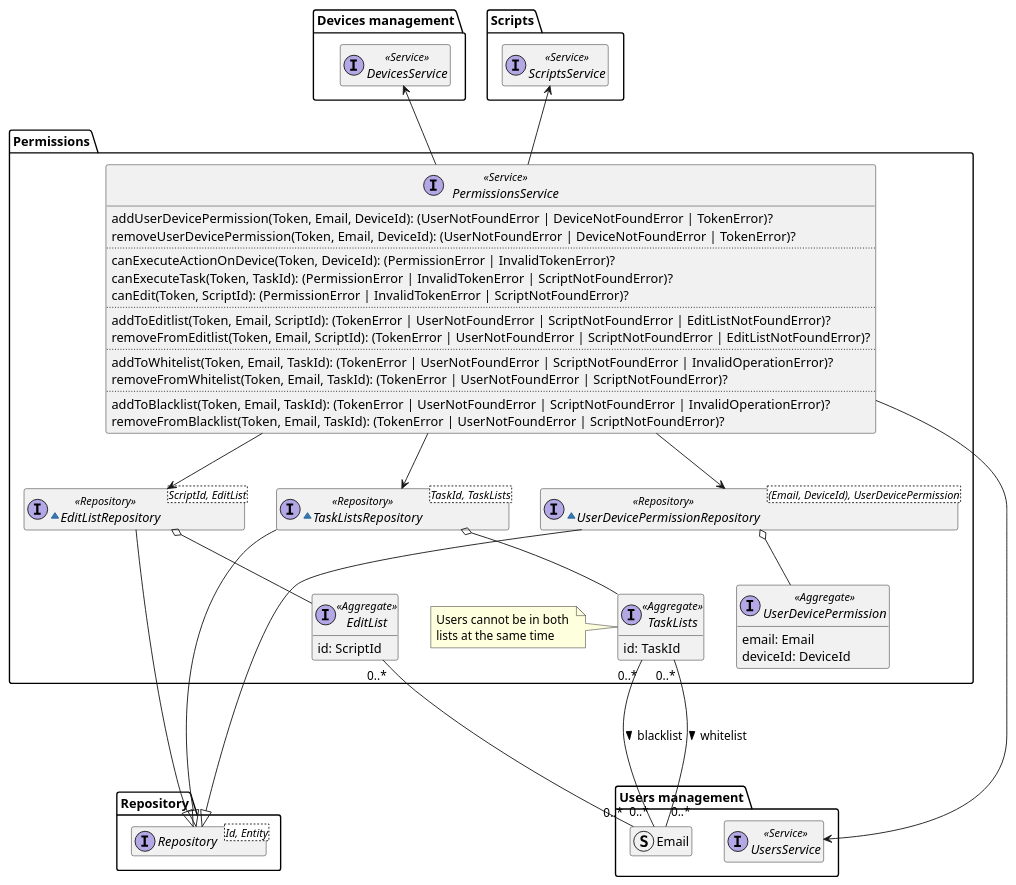
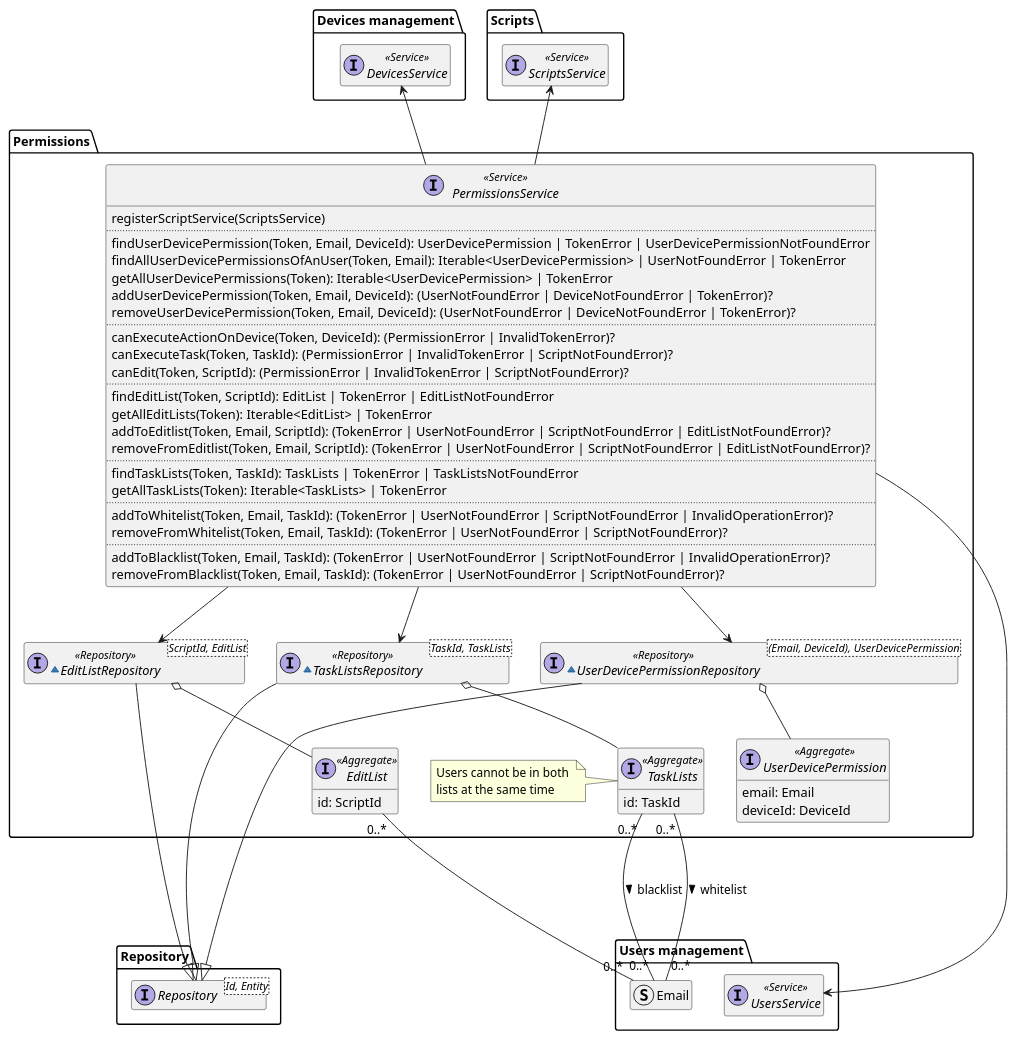
One commit to DomoticASW/.github changed the diagram in diagrams/src/permissions-domain-model.puml. Above: the diagram before and after it, drawn with PlantUML. The commit also changed 1 other file, not shown here.

Commit message:
update permissions diagram with the new methods

```diff
--- a/diagrams/src/permissions-domain-model.puml
+++ b/diagrams/src/permissions-domain-model.puml
@@ -2,86 +2,96 @@
 @startuml permissions-domain-model
 
 hide empty members
 package Repository{
     interface Repository<Id, Entity>
 }
 
 package "Users management" as UsersManagement {
     interface UsersService <<Service>>
     struct Email
 }
 
 package "Devices management" as DevicesManagement {
     interface DevicesService <<Service>>
 }
 
 package Scripts {
     interface ScriptsService <<Service>>
 }
 
 package "Permissions" {
     interface PermissionsService <<Service>> {
+        registerScriptService(ScriptsService)
+        ..
+        findUserDevicePermission(Token, Email, DeviceId): UserDevicePermission | TokenError | UserDevicePermissionNotFoundError
+        findAllUserDevicePermissionsOfAnUser(Token, Email): Iterable<UserDevicePermission> | UserNotFoundError | TokenError
+        getAllUserDevicePermissions(Token): Iterable<UserDevicePermission> | TokenError
         addUserDevicePermission(Token, Email, DeviceId): (UserNotFoundError | DeviceNotFoundError | TokenError)?
         removeUserDevicePermission(Token, Email, DeviceId): (UserNotFoundError | DeviceNotFoundError | TokenError)?
         ..
         canExecuteActionOnDevice(Token, DeviceId): (PermissionError | InvalidTokenError)?
         canExecuteTask(Token, TaskId): (PermissionError | InvalidTokenError | ScriptNotFoundError)?
         canEdit(Token, ScriptId): (PermissionError | InvalidTokenError | ScriptNotFoundError)?
         ..
+        findEditList(Token, ScriptId): EditList | TokenError | EditListNotFoundError
+        getAllEditLists(Token): Iterable<EditList> | TokenError
         addToEditlist(Token, Email, ScriptId): (TokenError | UserNotFoundError | ScriptNotFoundError | EditListNotFoundError)?
         removeFromEditlist(Token, Email, ScriptId): (TokenError | UserNotFoundError | ScriptNotFoundError | EditListNotFoundError)?
+        ..
+        findTaskLists(Token, TaskId): TaskLists | TokenError | TaskListsNotFoundError
+        getAllTaskLists(Token): Iterable<TaskLists> | TokenError
         ..
         addToWhitelist(Token, Email, TaskId): (TokenError | UserNotFoundError | ScriptNotFoundError | InvalidOperationError)?
         removeFromWhitelist(Token, Email, TaskId): (TokenError | UserNotFoundError | ScriptNotFoundError)?
         ..
         addToBlacklist(Token, Email, TaskId): (TokenError | UserNotFoundError | ScriptNotFoundError | InvalidOperationError)?
         removeFromBlacklist(Token, Email, TaskId): (TokenError | UserNotFoundError | ScriptNotFoundError)?
     }
 
     ~interface UserDevicePermissionRepository<(Email, DeviceId), UserDevicePermission> <<Repository>> {
     }
 
     interface UserDevicePermission <<Aggregate>> {
         email: Email
         deviceId: DeviceId
     }
 
     ~interface EditListRepository<ScriptId, EditList> <<Repository>> {
     }
 
     interface EditList <<Aggregate>> {
         id: ScriptId
     }
 
     ~interface TaskListsRepository<TaskId, TaskLists> <<Repository>> {
     }
 
     interface TaskLists <<Aggregate>> {
         id: TaskId
     }
 
     note left of TaskLists
         Users cannot be in both 
         lists at the same time
     end note
 
 
     PermissionsService -u-> DevicesManagement.DevicesService
     PermissionsService --> UsersManagement.UsersService
     PermissionsService -u-> Scripts.ScriptsService
     PermissionsService --> UserDevicePermissionRepository
     PermissionsService --> EditListRepository
     PermissionsService --> TaskListsRepository
     UserDevicePermissionRepository ----|> Repository.Repository
     UserDevicePermissionRepository o-- UserDevicePermission
     EditList "0..*" -- "0..*" UsersManagement.Email
     EditListRepository --|> Repository.Repository
     EditListRepository o-- EditList
     TaskLists "0..*" --- "0..*" UsersManagement.Email : "blacklist >"
     TaskLists "0..*" --- "0..*" UsersManagement.Email : "whitelist >"
     TaskListsRepository --|> Repository.Repository
     TaskListsRepository o-- TaskLists
 
 }
 
 @enduml
```
